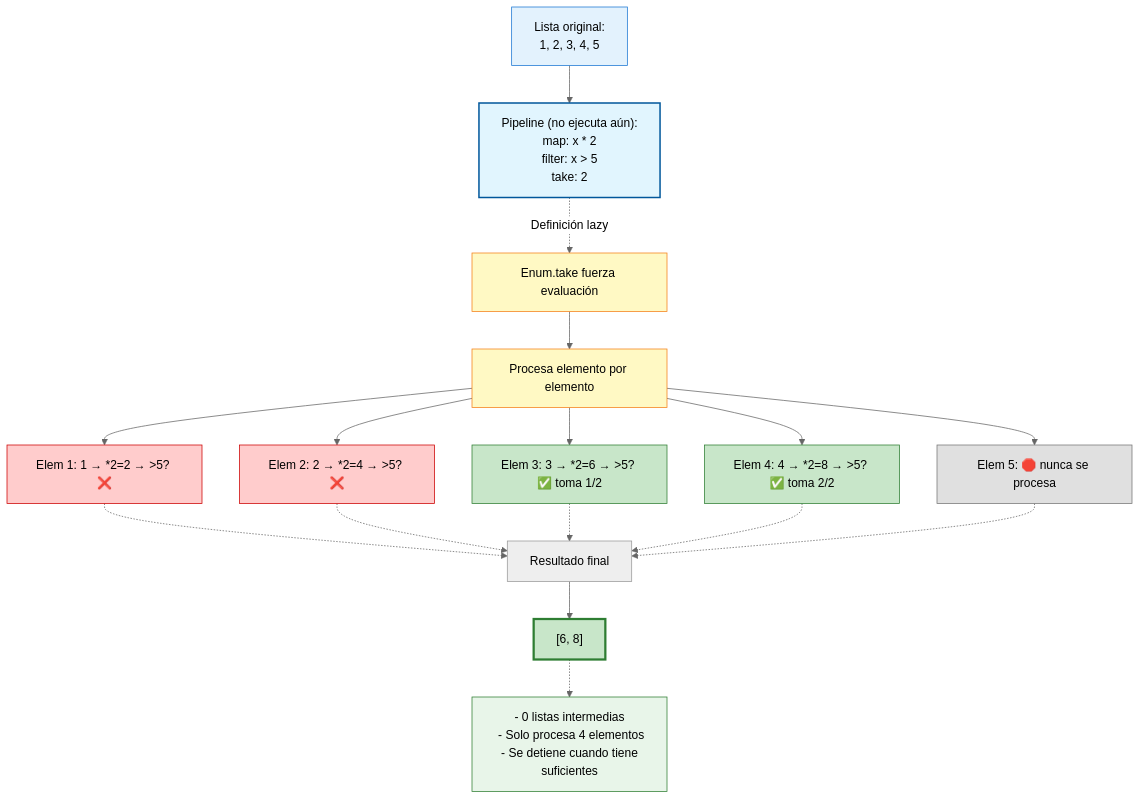
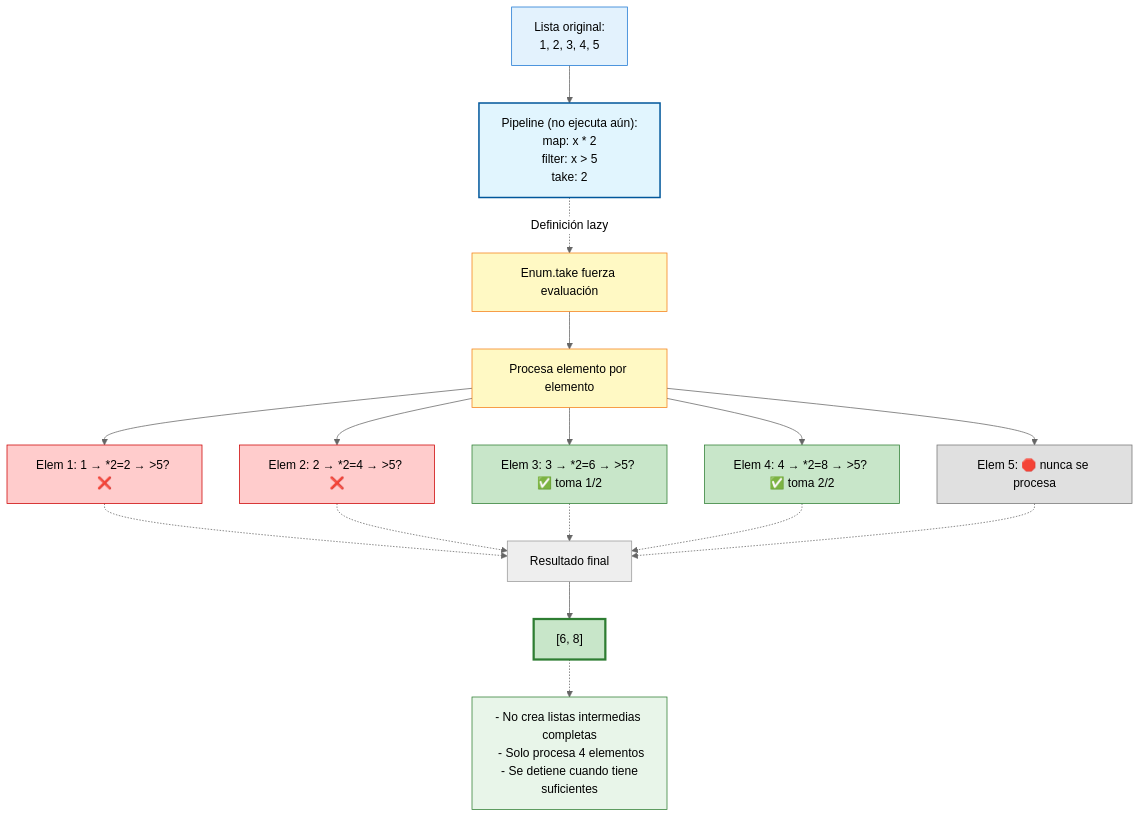
Before and after one commit to caflorezvi/guias-programacion3: the second of 2 diagrams in docs/09.streams.md, drawn with Mermaid (neutral theme). The commit also changed other lines of this file and 2 other files, not shown here.

```diff
--- a/docs/09.streams.md
+++ b/docs/09.streams.md
@@ -98,49 +97,49 @@
 <div class="mermaid" style="text-align: center;">
 graph TD
     S1[Lista original:<br/>1, 2, 3, 4, 5]
     S2["Pipeline (no ejecuta aún):<br/>map: x * 2<br/>filter: x > 5<br/>take: 2"]
     S3[Enum.take fuerza evaluación]
     S4[Procesa elemento por elemento]
     S5[Resultado final]
     
     S1 --> S2
     S2 -.->|Definición lazy| S3
     S3 --> S4
     
     P1["Elem 1: 1 → *2=2 → >5? ❌"]
     P2["Elem 2: 2 → *2=4 → >5? ❌"]
     P3["Elem 3: 3 → *2=6 → >5? ✅ toma 1/2"]
     P4["Elem 4: 4 → *2=8 → >5? ✅ toma 2/2"]
     P5["Elem 5: 🛑 nunca se procesa"]
     
     S4 --> P1
     S4 --> P2
     S4 --> P3
     S4 --> P4
     S4 --> P5
     
     P1 -.-> S5
     P2 -.-> S5
     P3 -.-> S5
     P4 -.-> S5
     P5 -.-> S5
     
     Result["[6, 8]"]
     S5 --> Result
     
-    Note2["- 0 listas intermedias<br/> - Solo procesa 4 elementos<br/> - Se detiene cuando tiene suficientes"]
+    Note2["- No crea listas intermedias completas<br/> - Solo procesa 4 elementos<br/> - Se detiene cuando tiene suficientes"]
     
     Result -.-> Note2
     
     style S1 fill:#e3f2fd,stroke:#1976d2
     style S2 fill:#e1f5fe,stroke:#01579b,stroke-width:2px
     style S3 fill:#fff9c4,stroke:#f57f17
     style S4 fill:#fff9c4,stroke:#f57f17
     style P1 fill:#ffcccc,stroke:#cc0000
     style P2 fill:#ffcccc,stroke:#cc0000
     style P3 fill:#c8e6c9,stroke:#2e7d32
     style P4 fill:#c8e6c9,stroke:#2e7d32
     style P5 fill:#e0e0e0,stroke:#757575
     style Result fill:#c8e6c9,stroke:#2e7d32,stroke-width:3px
     style Note2 fill:#e8f5e9,stroke:#2e7d32
 </div>
```
